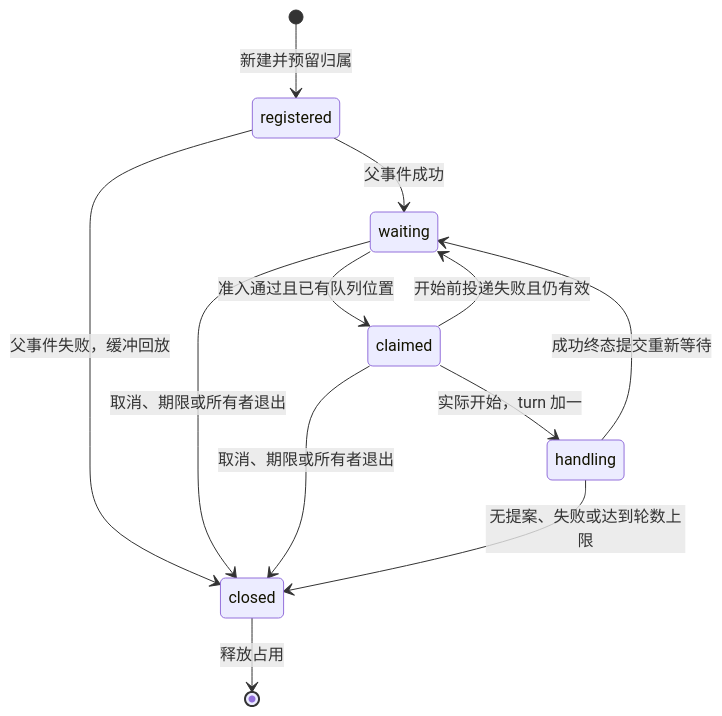
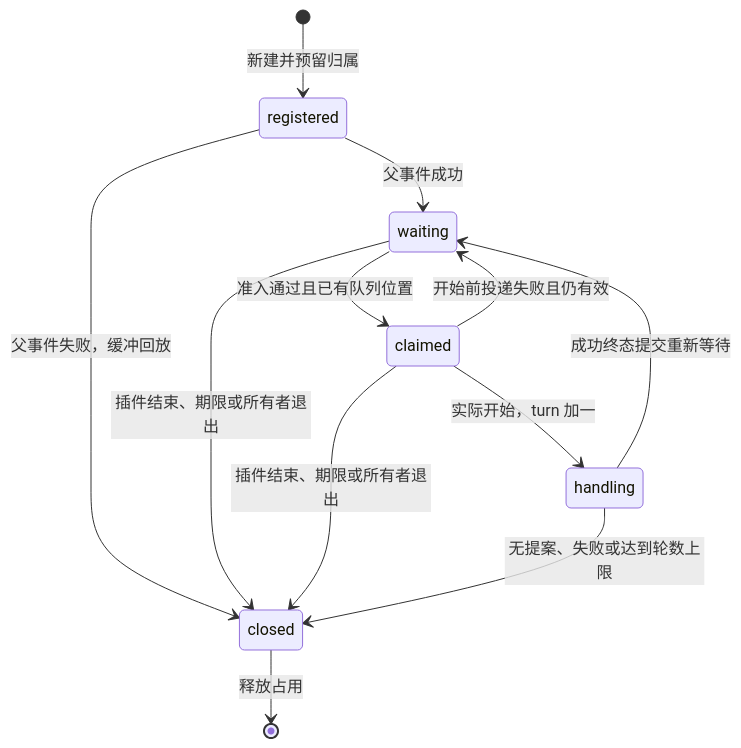
One commit to RayleaBot/RayleaBot changed the diagram in docs/execution-evidence-v0.6-a0.md. Above: the diagram before and after it, drawn with Mermaid. The commit also changed other lines of this file and 7 other files, not shown here.

````diff
--- a/docs/execution-evidence-v0.6-a0.md
+++ b/docs/execution-evidence-v0.6-a0.md
@@ -9,14 +9,14 @@
 ```mermaid
 stateDiagram-v2
     [*] --> registered: 新建并预留归属
     registered --> waiting: 父事件成功
     waiting --> claimed: 准入通过且已有队列位置
     claimed --> waiting: 开始前投递失败且仍有效
     claimed --> handling: 实际开始，turn 加一
     handling --> waiting: 成功终态提交重新等待
     registered --> closed: 父事件失败，缓冲回放
-    waiting --> closed: 取消、期限或所有者退出
-    claimed --> closed: 取消、期限或所有者退出
+    waiting --> closed: 插件结束、期限或所有者退出
+    claimed --> closed: 插件结束、期限或所有者退出
     handling --> closed: 无提案、失败或达到轮数上限
     closed --> [*]: 释放占用
 ```
````
